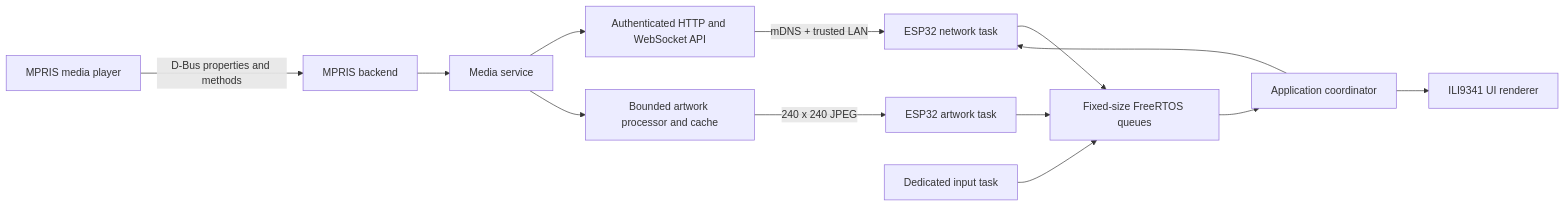
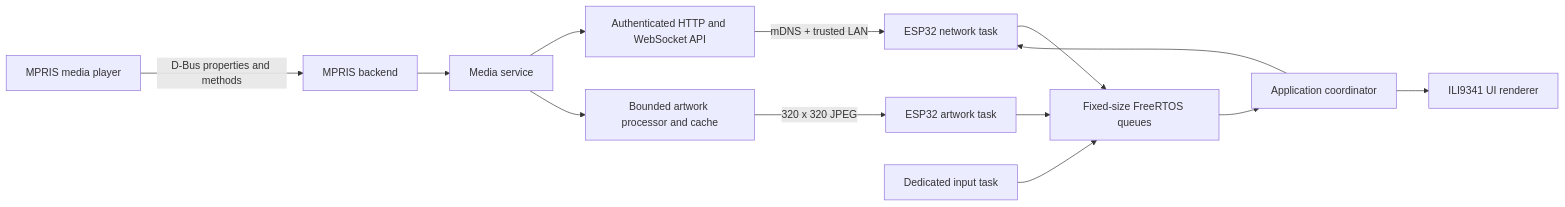
Before and after one commit to snowpyn/deskwave: the first of 2 diagrams in docs/ARCHITECTURE.md, drawn with Mermaid. The commit also changed other lines of this file and 19 other files, not shown here.

````diff
--- a/docs/ARCHITECTURE.md
+++ b/docs/ARCHITECTURE.md
@@ -8,15 +8,15 @@
 ```mermaid
 flowchart LR
     Player["MPRIS media player"] -->|"D-Bus properties and methods"| Backend["MPRIS backend"]
     Backend --> Service["Media service"]
     Service --> API["Authenticated HTTP and WebSocket API"]
     Service --> Art["Bounded artwork processor and cache"]
     API -->|"mDNS + trusted LAN"| Net["ESP32 network task"]
-    Art -->|"240 x 240 JPEG"| Artwork["ESP32 artwork task"]
+    Art -->|"320 x 320 JPEG"| Artwork["ESP32 artwork task"]
     Net --> Queues["Fixed-size FreeRTOS queues"]
     Artwork --> Queues
     Input["Dedicated input task"] --> Queues
     Queues --> App["Application coordinator"]
     App --> UI["ILI9341 UI renderer"]
     App --> Net
 ```
````
